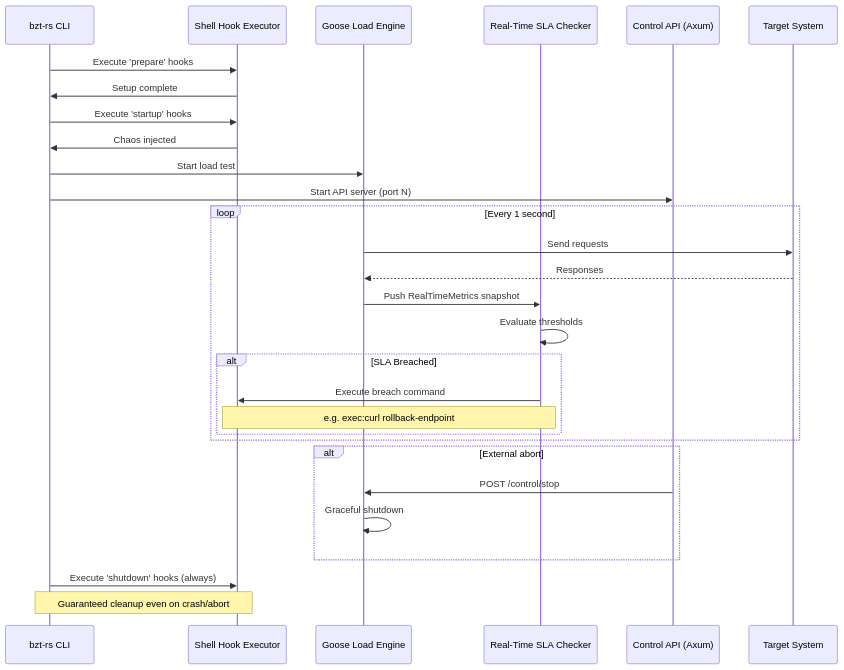
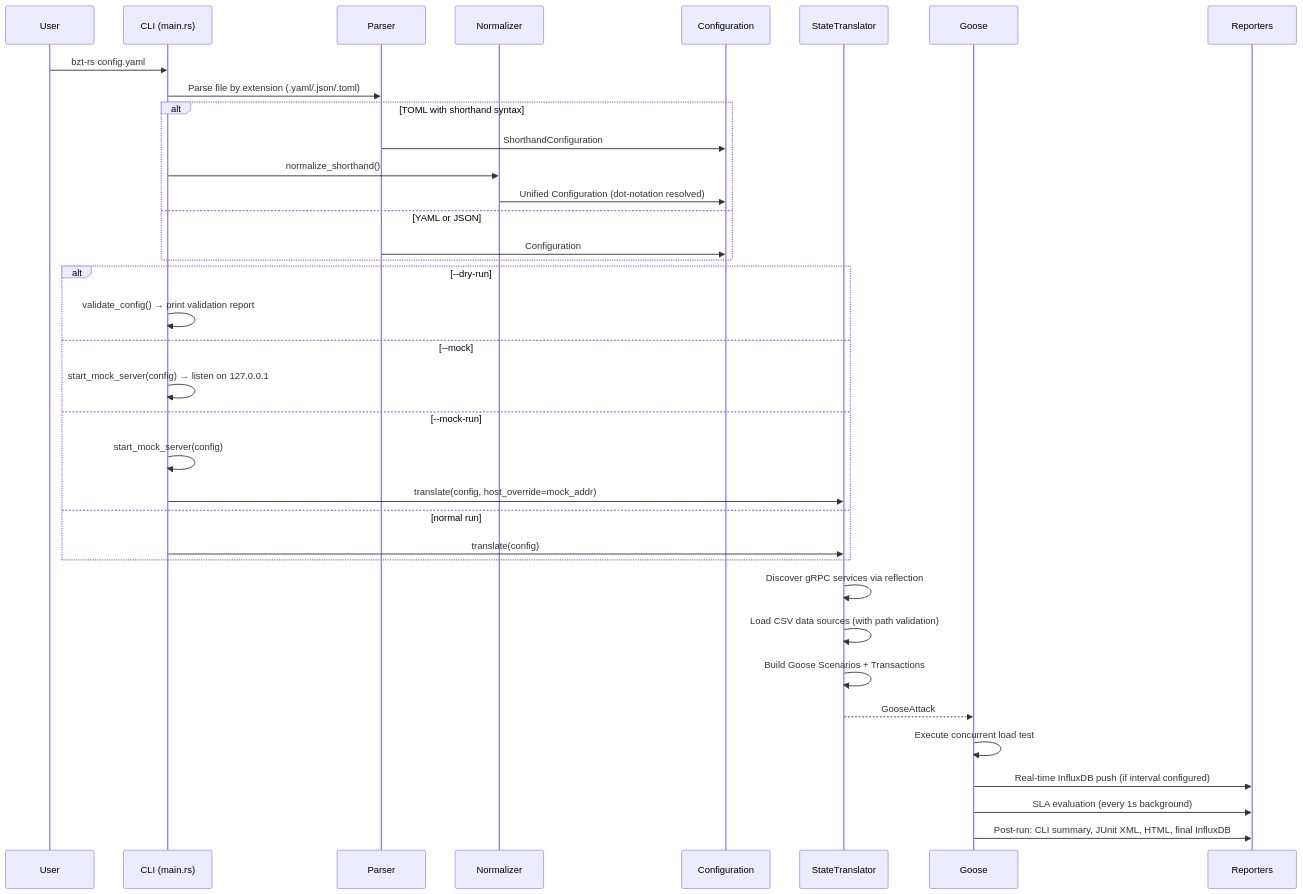
Before and after one commit to py-centric/bzt-rs: the fourth of 5 diagrams in docs/architecture.md, drawn with Mermaid. The commit also changed other lines of this file and 3 other files, not shown here.

First line of the commit message:
docs: update README with Mermaid diagrams and architecture docs

````diff
--- a/docs/architecture.md
+++ b/docs/architecture.md
@@ -79,35 +150,43 @@
 ```mermaid
 sequenceDiagram
-    participant CLI as bzt-rs CLI
-    participant Hooks as Shell Hook Executor
-    participant Goose as Goose Load Engine
-    participant SLA as Real-Time SLA Checker
-    participant API as Control API (Axum)
-    participant Target as Target System
-    
-    CLI->>Hooks: Execute 'prepare' hooks
-    Hooks->>CLI: Setup complete
-    CLI->>Hooks: Execute 'startup' hooks
-    Hooks->>CLI: Chaos injected
-    CLI->>Goose: Start load test
-    CLI->>API: Start API server (port N)
-    
-    loop Every 1 second
-        Goose->>Target: Send requests
-        Target-->>Goose: Responses
-        Goose->>SLA: Push RealTimeMetrics snapshot
-        SLA->>SLA: Evaluate thresholds
-        alt SLA Breached
-            SLA->>Hooks: Execute breach command
-            Note over SLA,Hooks: e.g. exec:curl rollback-endpoint
-        end
+    participant User
+    participant CLI as CLI (main.rs)
+    participant Parser
+    participant Normalizer
+    participant Config as Configuration
+    participant Translator as StateTranslator
+    participant Goose
+    participant Reporters
+
+    User->>CLI: bzt-rs config.yaml
+    CLI->>Parser: Parse file by extension (.yaml/.json/.toml)
+
+    alt TOML with shorthand syntax
+        Parser->>Config: ShorthandConfiguration
+        CLI->>Normalizer: normalize_shorthand()
+        Normalizer->>Config: Unified Configuration (dot-notation resolved)
+    else YAML or JSON
+        Parser->>Config: Configuration
     end
-    
-    alt External abort
-        API->>Goose: POST /control/stop
-        Goose->>Goose: Graceful shutdown
+
+    alt --dry-run
+        CLI->>CLI: validate_config() → print validation report
+    else --mock
+        CLI->>CLI: start_mock_server(config) → listen on 127.0.0.1
+    else --mock-run
+        CLI->>CLI: start_mock_server(config)
+        CLI->>Translator: translate(config, host_override=mock_addr)
+    else normal run
+        CLI->>Translator: translate(config)
     end
-    
-    CLI->>Hooks: Execute 'shutdown' hooks (always)
-    Note over CLI,Hooks: Guaranteed cleanup even on crash/abort
+
+    Translator->>Translator: Discover gRPC services via reflection
+    Translator->>Translator: Load CSV data sources (with path validation)
+    Translator->>Translator: Build Goose Scenarios + Transactions
+    Translator-->>Goose: GooseAttack
+
+    Goose->>Goose: Execute concurrent load test
+    Goose->>Reporters: Real-time InfluxDB push (if interval configured)
+    Goose->>Reporters: SLA evaluation (every 1s background)
+    Goose->>Reporters: Post-run: CLI summary, JUnit XML, HTML, final InfluxDB
 ```
````
